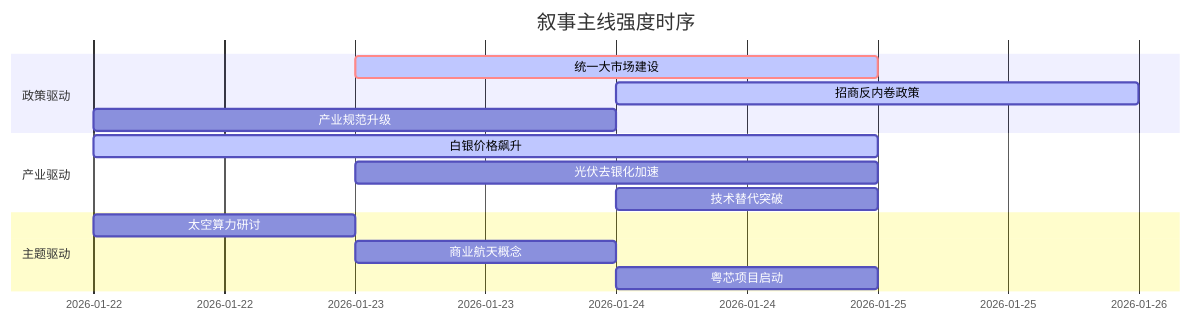
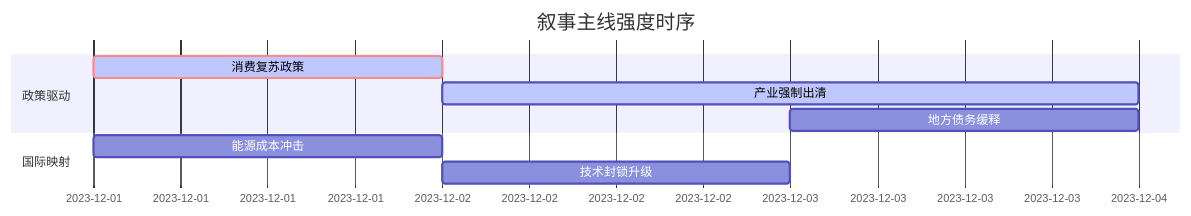
The diagram in 5day_report.md (uu5zn/uu5zn.github.io), drawn with Mermaid before and after one commit. The commit also changed other lines of this file and 1 other file, not shown here.

````diff
--- a/5day_report.md
+++ b/5day_report.md
@@ -50,19 +54,13 @@
 ```mermaid
 gantt
     title 叙事主线强度时序
     dateFormat  YYYY-MM-DD
     section 政策驱动
-    统一大市场建设   :crit, active, 2026-01-23, 2d
-    招商反内卷政策   :active, 2026-01-24, 2d
-    产业规范升级   :2026-01-22, 2d
+    消费复苏政策   :crit, active, 2023-12-01, 1d
+    产业强制出清   :active, 2023-12-02, 2d
+    地方债务缓释   :2023-12-03, 1d
     
-    section 产业驱动
-    白银价格飙升   :active, 2026-01-22, 3d
-    光伏去银化加速   :2026-01-23, 2d
-    技术替代突破   :2026-01-24, 1d
-    
-    section 主题驱动
-    太空算力研讨   :2026-01-22, 1d
-    商业航天概念   :2026-01-23, 1d
-    粤芯项目启动   :2026-01-24, 1d
+    section 国际映射
+    能源成本冲击   :2023-12-01, 1d
+    技术封锁升级   :2023-12-02, 1d
 ```
````
